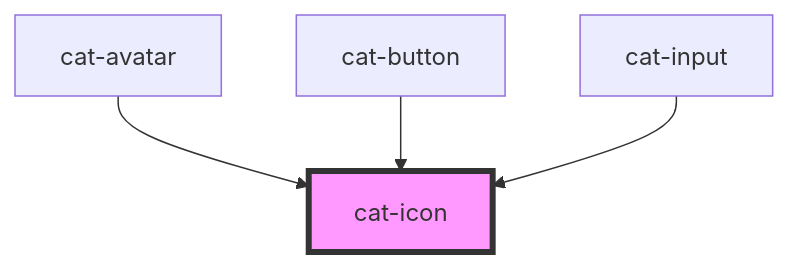
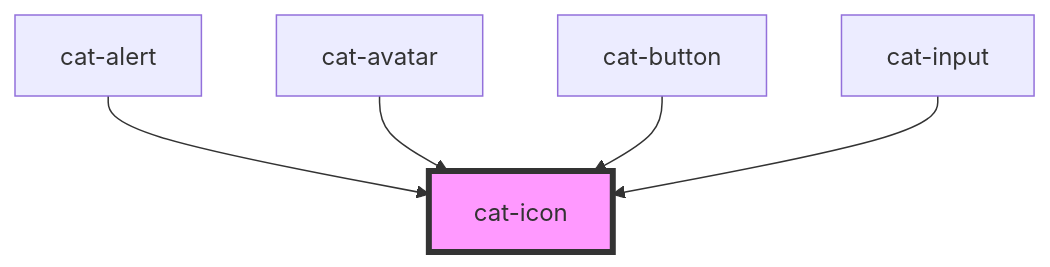
Before and after one commit to haiilo/catalyst: the diagram in core/src/components/cat-icon/readme.md, drawn with Mermaid. The commit also changed other lines of this file and 8 other files, not shown here.

````diff
--- a/core/src/components/cat-icon/readme.md
+++ b/core/src/components/cat-icon/readme.md
@@ -38,7 +39,8 @@
 ```mermaid
 graph TD;
+  cat-alert --> cat-icon
   cat-avatar --> cat-icon
   cat-button --> cat-icon
   cat-input --> cat-icon
   style cat-icon fill:#f9f,stroke:#333,stroke-width:4px
 ```
````
